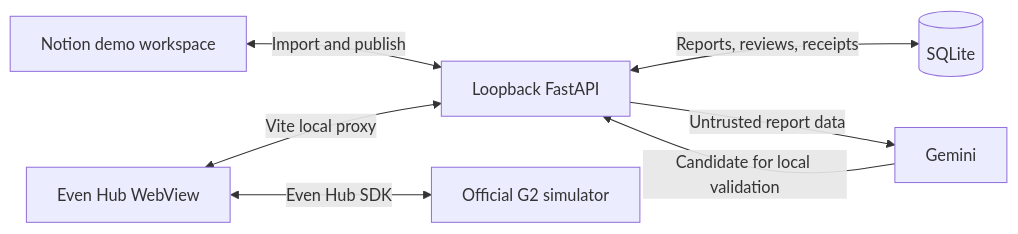
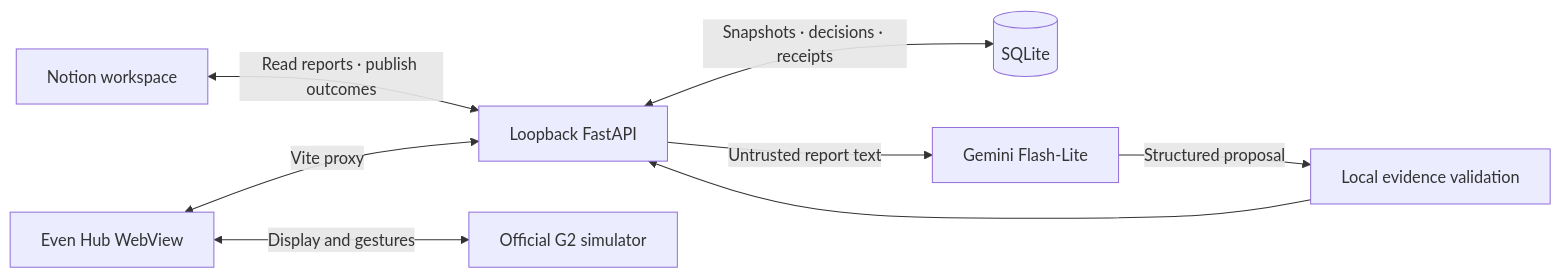
One commit to vaadewoyin/relay changed the diagram in README.md. Above: the diagram before and after it, drawn with Mermaid. The commit also changed other lines of this file and 12 other files, not shown here.

````diff
--- a/README.md
+++ b/README.md
@@ -23,9 +43,10 @@
 ```mermaid
 flowchart LR
-    Notion[Notion demo workspace] <-->|Import and publish| API[Loopback FastAPI]
-    API <-->|Reports, reviews, receipts| DB[(SQLite)]
-    API -->|Untrusted report data| Gemini[Gemini]
-    Gemini -->|Candidate for local validation| API
-    Web[Even Hub WebView] <-->|Vite local proxy| API
-    Web <-->|Even Hub SDK| G2[Official G2 simulator]
+    Notion[Notion workspace] <-->|Read reports · publish outcomes| API[Loopback FastAPI]
+    API <-->|Snapshots · decisions · receipts| DB[(SQLite)]
+    API -->|Untrusted report text| Gemini[Gemini Flash-Lite]
+    Gemini -->|Structured proposal| Check[Local evidence validation]
+    Check --> API
+    Wearable[Even Hub WebView] <-->|Vite proxy| API
+    Wearable <-->|Display and gestures| Sim[Official G2 simulator]
 ```
````
